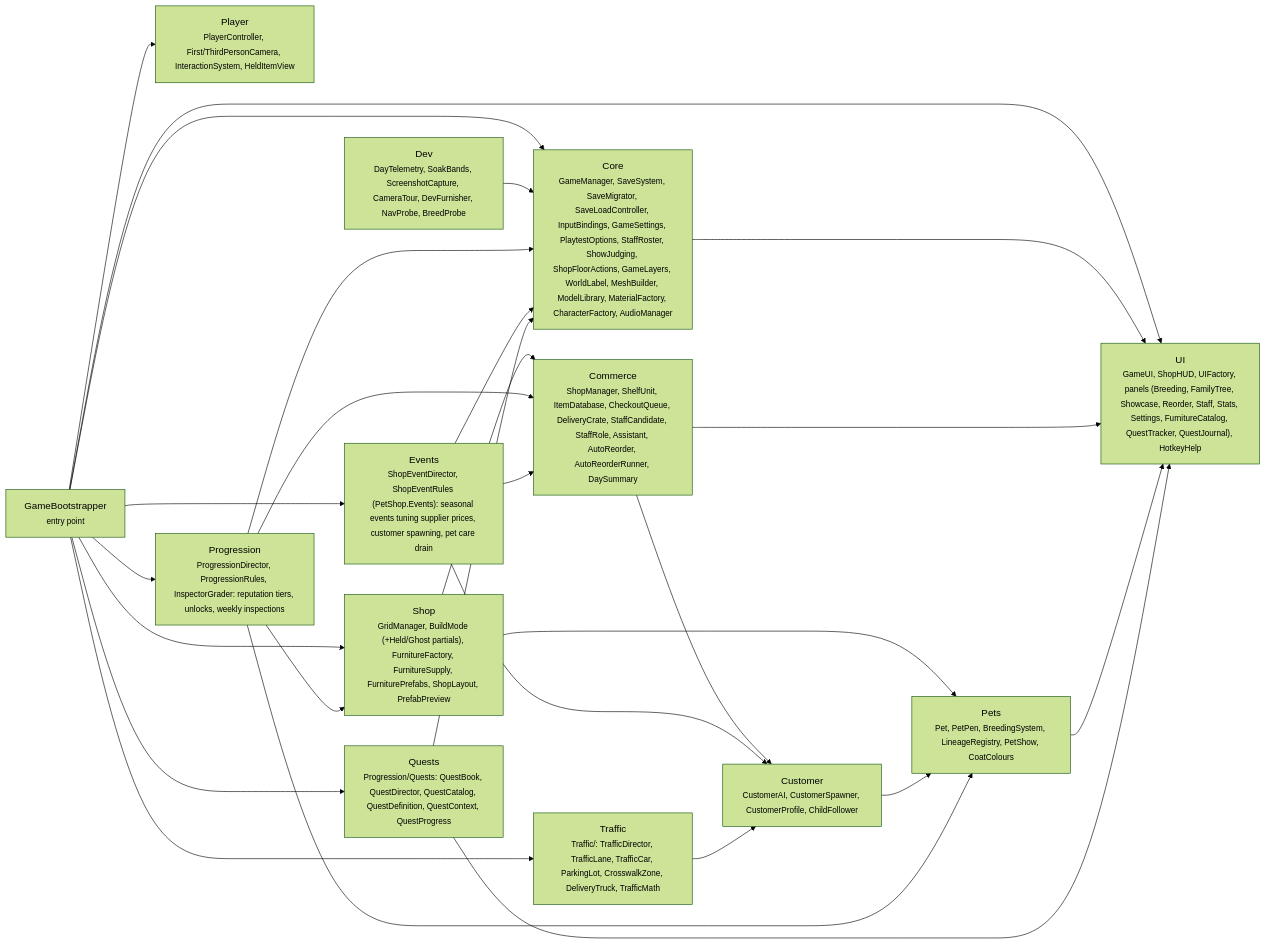
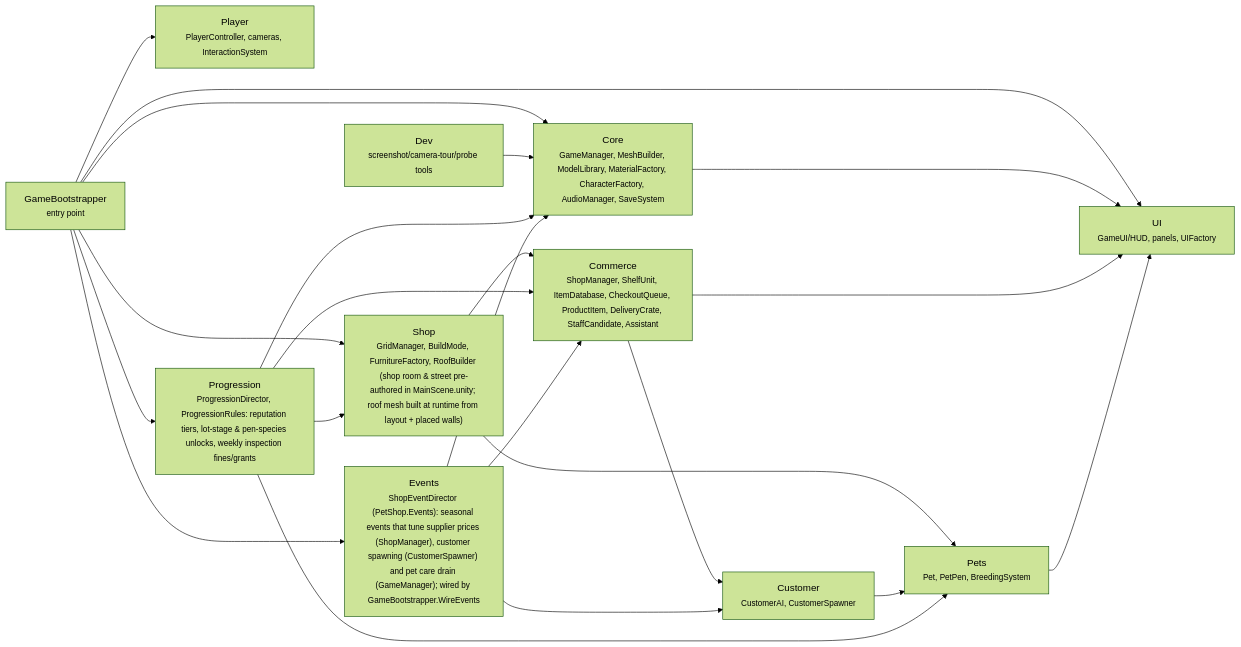
One commit to Erhearty/PetShopSimulator changed the diagram in docs/architecture/overview.md. Above: the diagram before and after it, drawn with Mermaid (forest theme). The commit also changed other lines of this file and 71 other files, not shown here.

````diff
--- a/docs/architecture/overview.md
+++ b/docs/architecture/overview.md
@@ -16,42 +16,35 @@
 ```mermaid
 flowchart LR
     bootstrapper["GameBootstrapper<br/><small>entry point</small>"]
-    core["Core<br/><small>GameManager, SaveSystem, SaveMigrator, SaveLoadController, InputBindings, GameSettings, PlaytestOptions, StaffRoster, ShowJudging, ShopFloorActions, GameLayers, WorldLabel, MeshBuilder, ModelLibrary, MaterialFactory, CharacterFactory, AudioManager</small>"]
-    shop["Shop<br/><small>GridManager, BuildMode (+Held/Ghost partials), FurnitureFactory, FurnitureSupply, FurniturePrefabs, ShopLayout, PrefabPreview</small>"]
-    player["Player<br/><small>PlayerController, First/ThirdPersonCamera, InteractionSystem, HeldItemView</small>"]
-    customer["Customer<br/><small>CustomerAI, CustomerSpawner, CustomerProfile, ChildFollower</small>"]
-    commerce["Commerce<br/><small>ShopManager, ShelfUnit, ItemDatabase, CheckoutQueue, DeliveryCrate, StaffCandidate, StaffRole, Assistant, AutoReorder, AutoReorderRunner, DaySummary</small>"]
-    pets["Pets<br/><small>Pet, PetPen, BreedingSystem, LineageRegistry, PetShow, CoatColours</small>"]
-    ui["UI<br/><small>GameUI, ShopHUD, UIFactory, panels (Breeding, FamilyTree, Showcase, Reorder, Staff, Stats, Settings, FurnitureCatalog, QuestTracker, QuestJournal), HotkeyHelp</small>"]
-    dev["Dev<br/><small>DayTelemetry, SoakBands, ScreenshotCapture, CameraTour, DevFurnisher, NavProbe, BreedProbe</small>"]
-    progression["Progression<br/><small>ProgressionDirector, ProgressionRules, InspectorGrader: reputation tiers, unlocks, weekly inspections</small>"]
-    quests["Quests<br/><small>Progression/Quests: QuestBook, QuestDirector, QuestCatalog, QuestDefinition, QuestContext, QuestProgress</small>"]
-    events["Events<br/><small>ShopEventDirector, ShopEventRules (PetShop.Events): seasonal events tuning supplier prices, customer spawning, pet care drain</small>"]
-    traffic["Traffic<br/><small>Traffic/: TrafficDirector, TrafficLane, TrafficCar, ParkingLot, CrosswalkZone, DeliveryTruck, TrafficMath</small>"]
+    core["Core<br/><small>GameManager, MeshBuilder, ModelLibrary, MaterialFactory, CharacterFactory, AudioManager, SaveSystem</small>"]
+    shop["Shop<br/><small>GridManager, BuildMode, FurnitureFactory, RoofBuilder (shop room & street pre-authored in MainScene.unity; roof mesh built at runtime from layout + placed walls)</small>"]
+    player["Player<br/><small>PlayerController, cameras, InteractionSystem</small>"]
+    customer["Customer<br/><small>CustomerAI, CustomerSpawner</small>"]
+    commerce["Commerce<br/><small>ShopManager, ShelfUnit, ItemDatabase, CheckoutQueue, ProductItem, DeliveryCrate, StaffCandidate, Assistant</small>"]
+    pets["Pets<br/><small>Pet, PetPen, BreedingSystem</small>"]
+    ui["UI<br/><small>GameUI/HUD, panels, UIFactory</small>"]
+    dev["Dev<br/><small>screenshot/camera-tour/probe tools</small>"]
+    progression["Progression<br/><small>ProgressionDirector, ProgressionRules: reputation tiers, lot-stage & pen-species unlocks, weekly inspection fines/grants</small>"]
+    events["Events<br/><small>ShopEventDirector (PetShop.Events): seasonal events that tune supplier prices (ShopManager), customer spawning (CustomerSpawner) and pet care drain (GameManager); wired by GameBootstrapper.WireEvents</small>"]
     bootstrapper --> core
     bootstrapper --> shop
     bootstrapper --> player
     bootstrapper --> ui
     core --> ui
     shop --> commerce
     shop --> pets
     commerce --> customer
     customer --> pets
     commerce --> ui
     pets --> ui
     dev --> core
     bootstrapper --> progression
     progression --> core
     progression --> shop
     progression --> commerce
     progression --> pets
     bootstrapper --> events
     events --> core
     events --> commerce
     events --> customer
-    bootstrapper --> quests
-    quests --> core
-    quests --> ui
-    bootstrapper --> traffic
-    traffic --> customer
 ```
````
